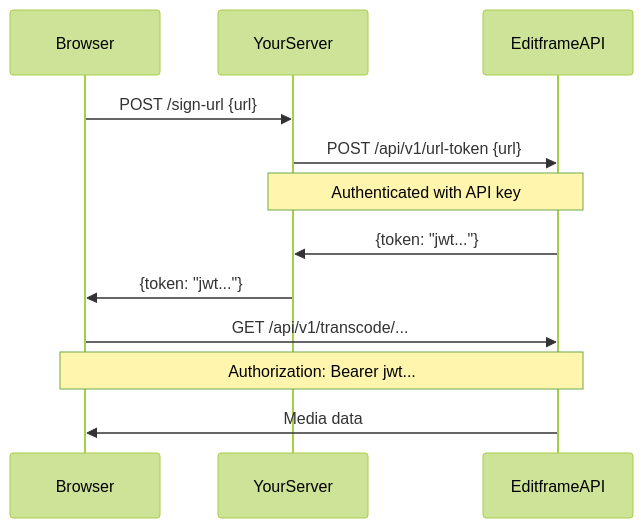
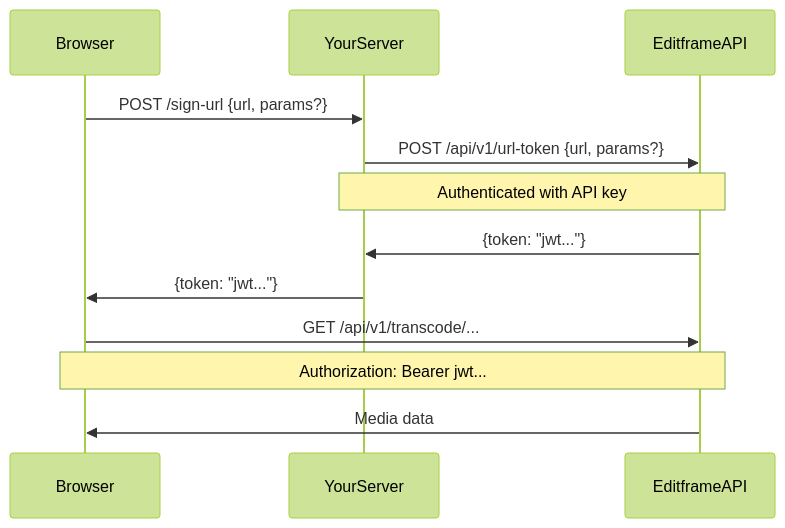
The diagram in skills/skills/editframe-api/references/url-signing.md (editframe/skills), drawn with Mermaid (forest theme) before and after one commit. The commit also changed other lines of this file and 7 other files, not shown here.

Commit message:
createURLToken accepts SigningRequest payload; export signingRequestSchema

````diff
--- a/skills/skills/editframe-api/references/url-signing.md
+++ b/skills/skills/editframe-api/references/url-signing.md
@@ -33,15 +33,15 @@
 ```mermaid
 sequenceDiagram
     participant Browser
     participant YourServer
     participant EditframeAPI
     
-    Browser->>YourServer: POST /sign-url {url}
-    YourServer->>EditframeAPI: POST /api/v1/url-token {url}
+    Browser->>YourServer: POST /sign-url {url, params?}
+    YourServer->>EditframeAPI: POST /api/v1/url-token {url, params?}
     Note over YourServer,EditframeAPI: Authenticated with API key
     EditframeAPI->>YourServer: {token: "jwt..."}
     YourServer->>Browser: {token: "jwt..."}
     Browser->>EditframeAPI: GET /api/v1/transcode/...
     Note over Browser,EditframeAPI: Authorization: Bearer jwt...
     EditframeAPI->>Browser: Media data
 ```
````
